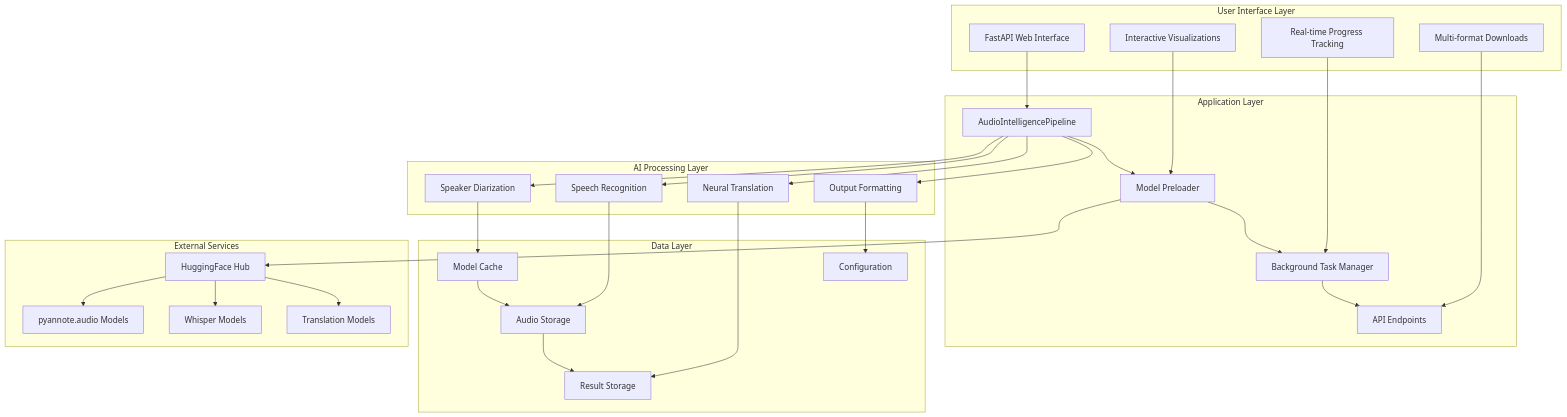
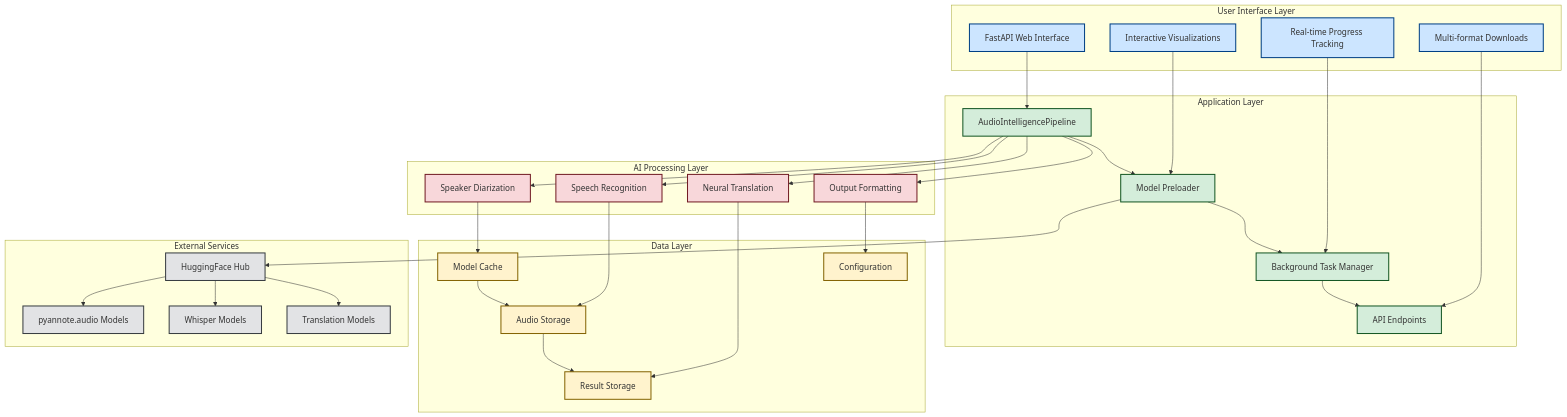
The diagram in DOCUMENTATION.md (Prathameshv07/Multilingual-Audio-Intelligence-System), drawn with Mermaid before and after one commit. The commit also changed 1 other file, not shown here.

Commit message:
made some changes

````diff
--- a/DOCUMENTATION.md
+++ b/DOCUMENTATION.md
@@ -194,60 +194,78 @@
 ```mermaid
 graph TB
-    subgraph "User Interface Layer"
-        A[FastAPI Web Interface]
-        B[Interactive Visualizations]
-        C[Real-time Progress Tracking]
-        D[Multi-format Downloads]
-    end
-    
-    subgraph "Application Layer"
-        E[AudioIntelligencePipeline]
-        F[Model Preloader]
-        G[Background Task Manager]
-        H[API Endpoints]
-    end
-    
-    subgraph "AI Processing Layer"
-        I[Speaker Diarization]
-        J[Speech Recognition]
-        K[Neural Translation]
-        L[Output Formatting]
-    end
-    
-    subgraph "Data Layer"
-        M[Model Cache]
-        N[Audio Storage]
-        O[Result Storage]
-        P[Configuration]
-    end
-    
-    subgraph "External Services"
-        Q[HuggingFace Hub]
-        R[pyannote.audio Models]
-        S[Whisper Models]
-        T[Translation Models]
-    end
-    
-    A --> E
-    B --> F
-    C --> G
-    D --> H
-    E --> I
-    E --> J
-    E --> K
-    E --> L
-    I --> M
-    J --> N
-    K --> O
-    L --> P
-    F --> Q
-    Q --> R
-    Q --> S
-    Q --> T
-    
-    E --> F
-    F --> G
-    G --> H
-    M --> N
-    N --> O
+
+%% Define classes for styling
+classDef ui fill:#cce5ff,stroke:#004085,stroke-width:2px;
+classDef app fill:#d4edda,stroke:#155724,stroke-width:2px;
+classDef ai fill:#f8d7da,stroke:#721c24,stroke-width:2px;
+classDef data fill:#fff3cd,stroke:#856404,stroke-width:2px;
+classDef external fill:#e2e3e5,stroke:#383d41,stroke-width:2px;
+
+%% UI Layer
+subgraph "User Interface Layer"
+    A[FastAPI Web Interface]
+    B[Interactive Visualizations]
+    C[Real-time Progress Tracking]
+    D[Multi-format Downloads]
+end
+class A,B,C,D ui;
+
+%% Application Layer
+subgraph "Application Layer"
+    E[AudioIntelligencePipeline]
+    F[Model Preloader]
+    G[Background Task Manager]
+    H[API Endpoints]
+end
+class E,F,G,H app;
+
+%% AI Processing Layer
+subgraph "AI Processing Layer"
+    I[Speaker Diarization]
+    J[Speech Recognition]
+    K[Neural Translation]
+    L[Output Formatting]
+end
+class I,J,K,L ai;
+
+%% Data Layer
+subgraph "Data Layer"
+    M[Model Cache]
+    N[Audio Storage]
+    O[Result Storage]
+    P[Configuration]
+end
+class M,N,O,P data;
+
+%% External Services
+subgraph "External Services"
+    Q[HuggingFace Hub]
+    R[pyannote.audio Models]
+    S[Whisper Models]
+    T[Translation Models]
+end
+class Q,R,S,T external;
+
+%% Connections
+A --> E
+B --> F
+C --> G
+D --> H
+E --> I
+E --> J
+E --> K
+E --> L
+I --> M
+J --> N
+K --> O
+L --> P
+F --> Q
+Q --> R
+Q --> S
+Q --> T
+E --> F
+F --> G
+G --> H
+M --> N
+N --> O
 ```
````
